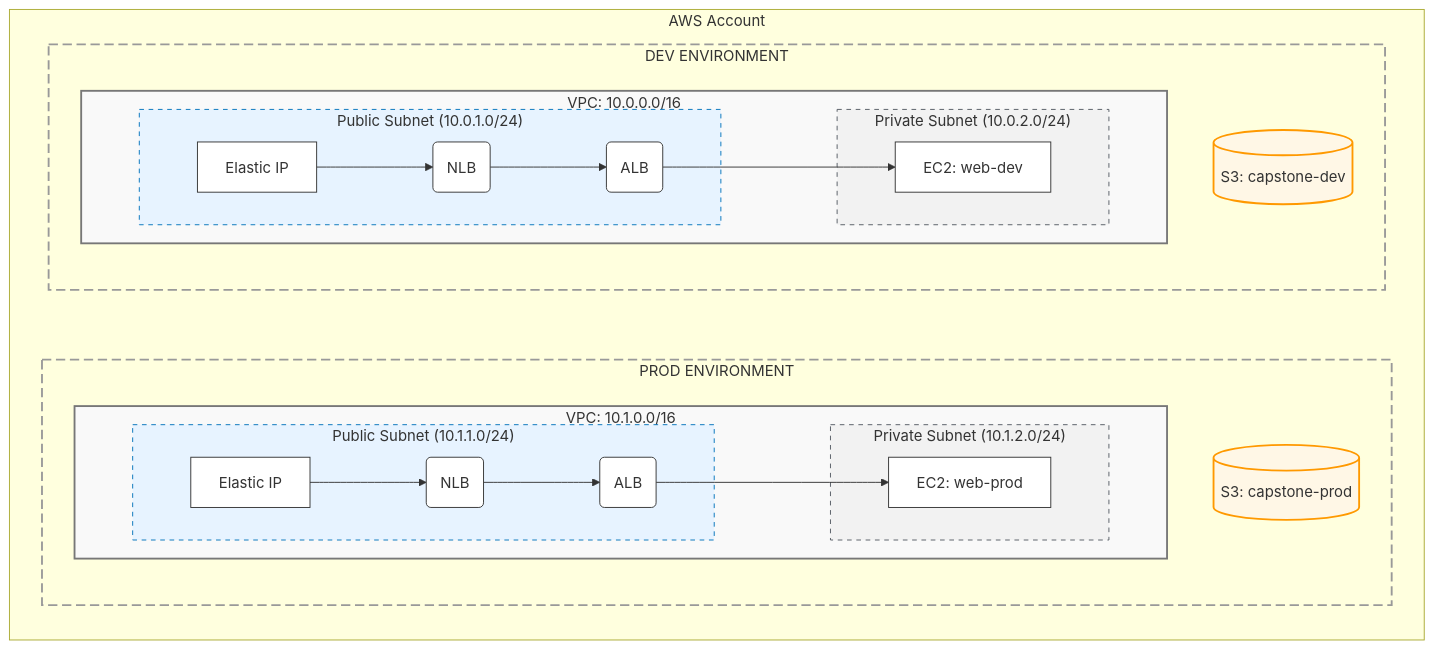
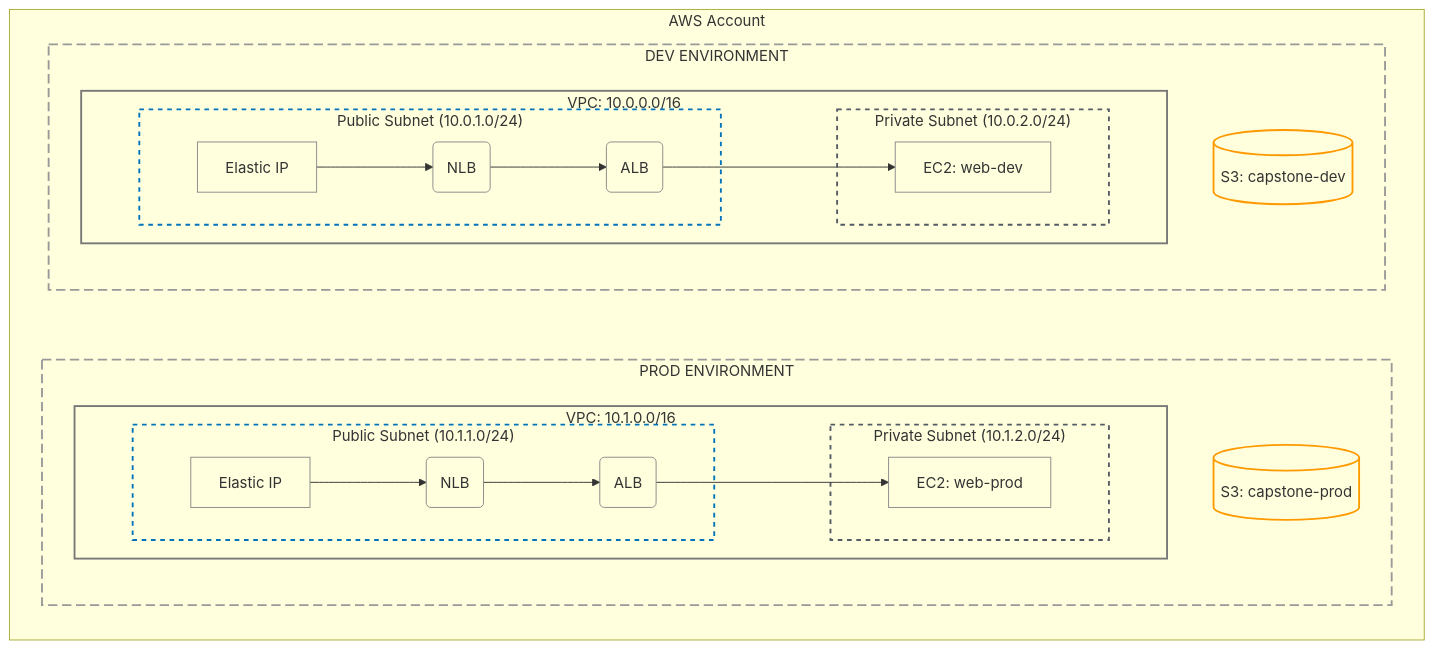
One commit to luhurfatah/intern-labs-1 changed the diagram in labs/Project_Capstone_Import.md. Above: the diagram before and after it, drawn with Mermaid. The commit also changed 13 other files, not shown here.

Commit message:
refactor: Standardize Mermaid diagram styling across labs for theme-neutral and dark mode compatibility.

````diff
--- a/labs/Project_Capstone_Import.md
+++ b/labs/Project_Capstone_Import.md
@@ -9,53 +9,53 @@
 ```mermaid
 graph TD
-    %% Styling (High Compatibility - Light/Dark Friendly)
-    classDef vpc fill:#f9f9f9,stroke:#777,stroke-width:2px;
-    classDef pubSubnet fill:#e7f3ff,stroke:#0073bb,stroke-width:1px,stroke-dasharray: 5 5;
-    classDef privSubnet fill:#f2f2f2,stroke:#545b64,stroke-width:1px,stroke-dasharray: 5 5;
-    classDef resource fill:#ffffff,stroke:#333,stroke-width:1px;
-    classDef s3 fill:#fff7e6,stroke:#ff9900,stroke-width:2px;
+    %% Styling (Theme-Neutral - Dark Mode Friendly)
+    classDef vpc fill:none,stroke:#777,stroke-width:2px;
+    classDef pubSubnet fill:none,stroke:#0073bb,stroke-width:2px,stroke-dasharray: 5 5;
+    classDef privSubnet fill:none,stroke:#545b64,stroke-width:2px,stroke-dasharray: 5 5;
+    classDef resource fill:none,stroke:#888,stroke-width:1px;
+    classDef s3 fill:none,stroke:#ff9900,stroke-width:2px;
     classDef env fill:none,stroke:#999,stroke-width:2px,stroke-dasharray: 10 5;
 
     subgraph "AWS Account"
         direction TB
 
         subgraph DevEnv ["DEV ENVIRONMENT"]
             direction TB
             subgraph DevVPC ["VPC: 10.0.0.0/16"]
                 subgraph DevPub ["Public Subnet (10.0.1.0/24)"]
                     D_EIP[Elastic IP] --> D_NLB(NLB)
                     D_NLB --> D_ALB(ALB)
                 end
                 subgraph DevPriv ["Private Subnet (10.0.2.0/24)"]
                     D_ALB --> D_EC2[EC2: web-dev]
                 end
             end
             D_S3[(S3: capstone-dev)]
         end
 
         %% Force vertical stacking
         DevEnv ~~~ ProdEnv
 
         subgraph ProdEnv ["PROD ENVIRONMENT"]
             direction TB
             subgraph ProdVPC ["VPC: 10.1.0.0/16"]
                 subgraph ProdPub ["Public Subnet (10.1.1.0/24)"]
                     P_EIP[Elastic IP] --> P_NLB(NLB)
                     P_NLB --> P_ALB(ALB)
                 end
                 subgraph ProdPriv ["Private Subnet (10.1.2.0/24)"]
                     P_ALB --> P_EC2[EC2: web-prod]
                 end
             end
             P_S3[(S3: capstone-prod)]
         end
     end
 
     %% Assign Classes
     class DevEnv,ProdEnv env;
     class DevVPC,ProdVPC vpc;
     class DevPub,ProdPub pubSubnet;
     class DevPriv,ProdPriv privSubnet;
     class D_EIP,D_NLB,D_ALB,D_EC2,P_EIP,P_NLB,P_ALB,P_EC2 resource;
     class D_S3,P_S3 s3;
 ```
````
